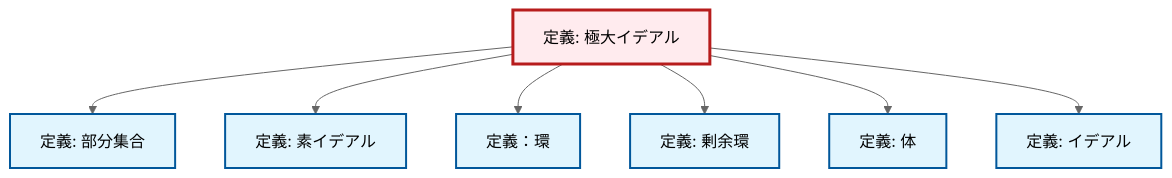
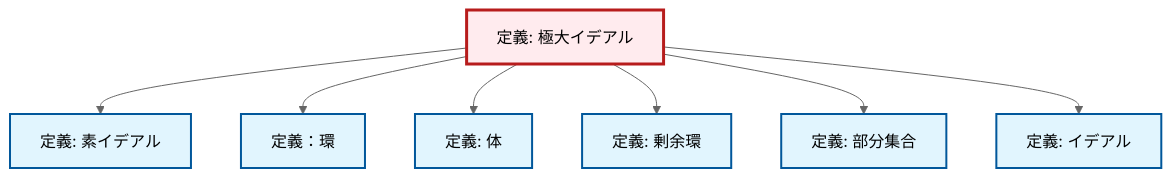
One commit to RK0429/ModernMath changed the diagram in content/ja/algebra/def-maximal-ideal.qmd. Above: the diagram before and after it, drawn with Mermaid (neutral theme). The commit also changed 672 other files, not shown here.

````diff
--- a/content/ja/algebra/def-maximal-ideal.qmd
+++ b/content/ja/algebra/def-maximal-ideal.qmd
@@ -95,29 +95,29 @@
 ```{mermaid}
-%%| fig-cap: "Local dependency graph"
+%%| fig-cap: "ローカル依存関係グラフ"
 graph TD
     classDef definition fill:#e1f5fe,stroke:#01579b,stroke-width:2px
     classDef theorem fill:#f3e5f5,stroke:#4a148c,stroke-width:2px
     classDef axiom fill:#fff3e0,stroke:#e65100,stroke-width:2px
     classDef example fill:#e8f5e9,stroke:#1b5e20,stroke-width:2px
     classDef current fill:#ffebee,stroke:#b71c1c,stroke-width:3px
-    def-field["定義: 体"]:::definition
-    def-ring["定義：環"]:::definition
     def-maximal-ideal["定義: 極大イデアル"]:::definition
     def-subset["定義: 部分集合"]:::definition
     def-prime-ideal["定義: 素イデアル"]:::definition
     def-quotient-ring["定義: 剰余環"]:::definition
     def-ideal["定義: イデアル"]:::definition
-    def-maximal-ideal --> def-subset
+    def-ring["定義：環"]:::definition
+    def-field["定義: 体"]:::definition
     def-maximal-ideal --> def-prime-ideal
     def-maximal-ideal --> def-ring
+    def-maximal-ideal --> def-field
     def-maximal-ideal --> def-quotient-ring
-    def-maximal-ideal --> def-field
+    def-maximal-ideal --> def-subset
     def-maximal-ideal --> def-ideal
     class def-maximal-ideal current
-    click def-field "def-field.html" "体の定義へ"
-    click def-ring "def-ring.html" "定義：環へ"
     click def-subset "def-subset.html" "部分集合の定義へ"
     click def-prime-ideal "def-prime-ideal.html" "素イデアルの定義へ"
     click def-quotient-ring "def-quotient-ring.html" "剰余環の定義へ"
     click def-ideal "def-ideal.html" "イデアルの定義へ"
+    click def-ring "def-ring.html" "定義：環へ"
+    click def-field "def-field.html" "体の定義へ"
 ```
````
